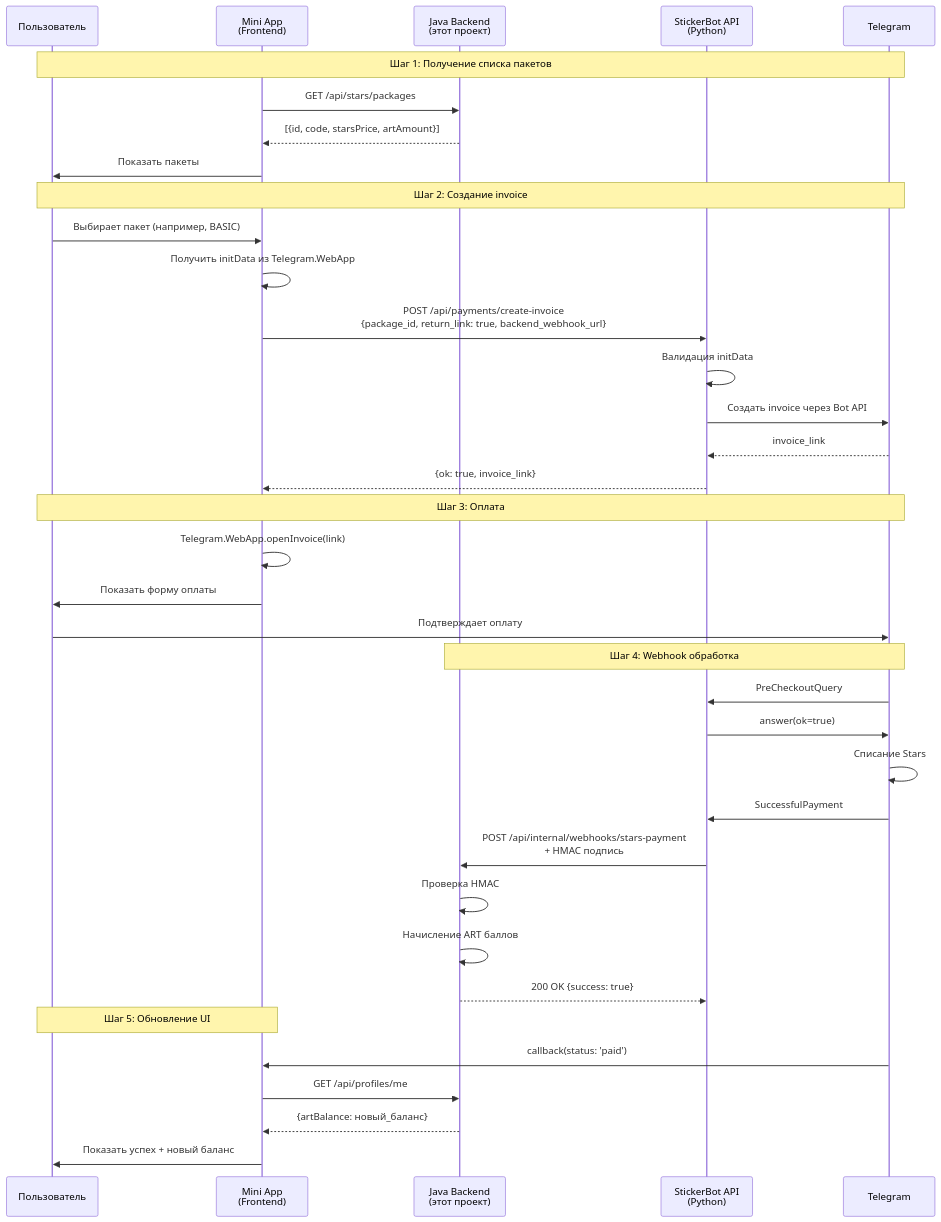
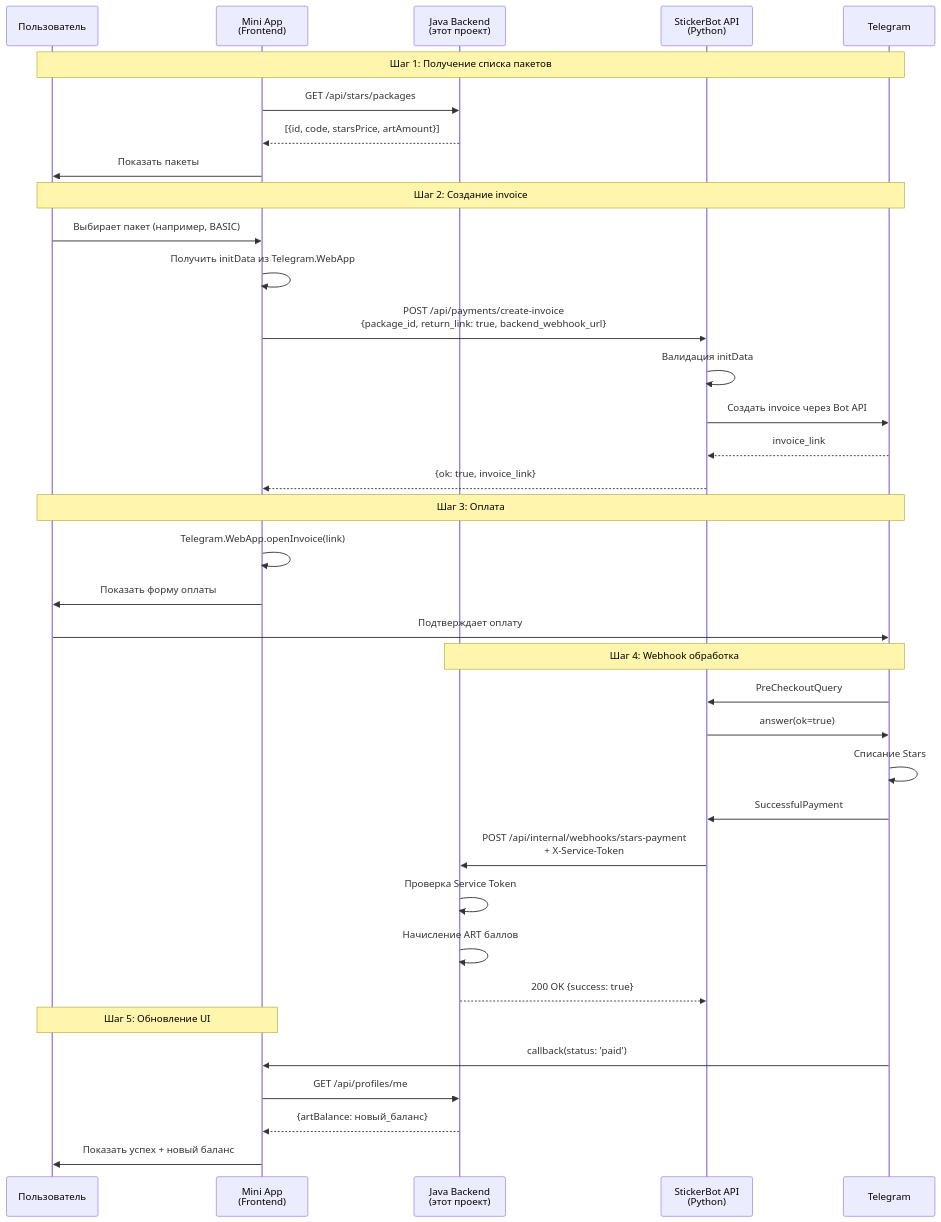
The diagram in docs/STARS_PAYMENT_FRONTEND_GUIDE.md (E13nst/StickerArtGallery), drawn with Mermaid before and after one commit. The commit also changed other lines of this file and 8 other files, not shown here.

First line of the commit message:
refactor: Simplify internal API authentication - remove HMAC

````diff
--- a/docs/STARS_PAYMENT_FRONTEND_GUIDE.md
+++ b/docs/STARS_PAYMENT_FRONTEND_GUIDE.md
@@ -33,43 +33,43 @@
 ```mermaid
 sequenceDiagram
     participant User as Пользователь
     participant MiniApp as Mini App<br/>(Frontend)
     participant JavaBackend as Java Backend<br/>(этот проект)
     participant BotAPI as StickerBot API<br/>(Python)
     participant Telegram as Telegram
     
     Note over User,Telegram: Шаг 1: Получение списка пакетов
     MiniApp->>JavaBackend: GET /api/stars/packages
     JavaBackend-->>MiniApp: [{id, code, starsPrice, artAmount}]
     MiniApp->>User: Показать пакеты
     
     Note over User,Telegram: Шаг 2: Создание invoice
     User->>MiniApp: Выбирает пакет (например, BASIC)
     MiniApp->>MiniApp: Получить initData из Telegram.WebApp
     MiniApp->>BotAPI: POST /api/payments/create-invoice<br/>{package_id, return_link: true, backend_webhook_url}
     BotAPI->>BotAPI: Валидация initData
     BotAPI->>Telegram: Создать invoice через Bot API
     Telegram-->>BotAPI: invoice_link
     BotAPI-->>MiniApp: {ok: true, invoice_link}
     
     Note over User,Telegram: Шаг 3: Оплата
     MiniApp->>MiniApp: Telegram.WebApp.openInvoice(link)
     MiniApp->>User: Показать форму оплаты
     User->>Telegram: Подтверждает оплату
     
     Note over Telegram,JavaBackend: Шаг 4: Webhook обработка
     Telegram->>BotAPI: PreCheckoutQuery
     BotAPI->>Telegram: answer(ok=true)
     Telegram->>Telegram: Списание Stars
     Telegram->>BotAPI: SuccessfulPayment
-    BotAPI->>JavaBackend: POST /api/internal/webhooks/stars-payment<br/>+ HMAC подпись
-    JavaBackend->>JavaBackend: Проверка HMAC
+    BotAPI->>JavaBackend: POST /api/internal/webhooks/stars-payment<br/>+ X-Service-Token
+    JavaBackend->>JavaBackend: Проверка Service Token
     JavaBackend->>JavaBackend: Начисление ART баллов
     JavaBackend-->>BotAPI: 200 OK {success: true}
     
     Note over User,MiniApp: Шаг 5: Обновление UI
     Telegram->>MiniApp: callback(status: 'paid')
     MiniApp->>JavaBackend: GET /api/profiles/me
     JavaBackend-->>MiniApp: {artBalance: новый_баланс}
     MiniApp->>User: Показать успех + новый баланс
 ```
````
